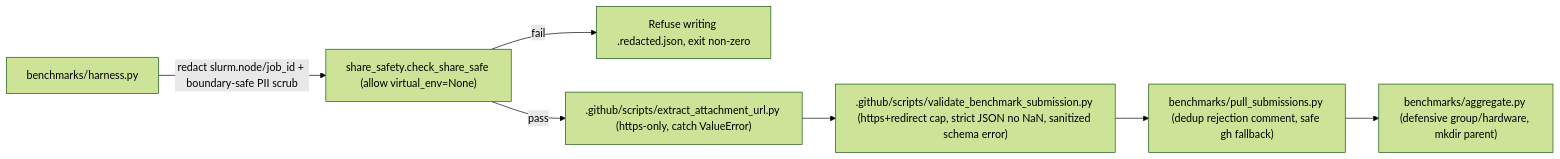
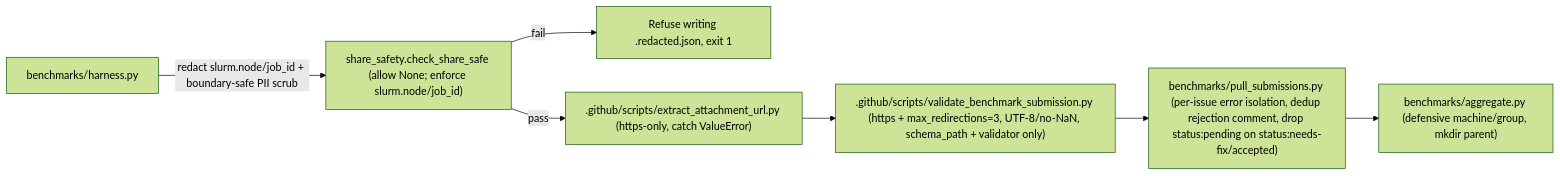
The diagram in .aw/records/plans/pending/20261122-bugs-audit-08-8k73qj-fix-benchmark-redaction-intake-validation-and-aggregation-bu.ipd.md (fariello/pubrun), drawn with Mermaid (forest theme) before and after one commit. The commit also changed other lines of this file and 1 other file, not shown here.

````diff
--- a/.aw/records/plans/pending/20261122-bugs-audit-08-8k73qj-fix-benchmark-redaction-intake-validation-and-aggregation-bu.ipd.md
+++ b/.aw/records/plans/pending/20261122-bugs-audit-08-8k73qj-fix-benchmark-redaction-intake-validation-and-aggregation-bu.ipd.md
@@ -33,9 +36,9 @@
 ```mermaid
 flowchart LR
-    RUN["benchmarks/harness.py"] -->|"redact slurm.node/job_id + boundary-safe PII scrub"| SAFE["share_safety.check_share_safe (allow virtual_env=None)"]
-    SAFE -- "fail" --> ABORT["Refuse writing .redacted.json, exit non-zero"]
+    RUN["benchmarks/harness.py"] -->|"redact slurm.node/job_id + boundary-safe PII scrub"| SAFE["share_safety.check_share_safe (allow None; enforce slurm.node/job_id)"]
+    SAFE -- "fail" --> ABORT["Refuse writing .redacted.json, exit 1"]
     SAFE -- "pass" --> URL[".github/scripts/extract_attachment_url.py (https-only, catch ValueError)"]
-    URL --> VAL[".github/scripts/validate_benchmark_submission.py (https+redirect cap, strict JSON no NaN, sanitized schema error)"]
-    VAL --> PULL["benchmarks/pull_submissions.py (dedup rejection comment, safe gh fallback)"]
-    PULL --> AGG["benchmarks/aggregate.py (defensive group/hardware, mkdir parent)"]
+    URL --> VAL[".github/scripts/validate_benchmark_submission.py (https + max_redirections=3, UTF-8/no-NaN, schema_path + validator only)"]
+    VAL --> PULL["benchmarks/pull_submissions.py (per-issue error isolation, dedup rejection comment, drop status:pending on status:needs-fix/accepted)"]
+    PULL --> AGG["benchmarks/aggregate.py (defensive machine/group, mkdir parent)"]
 ```
````
